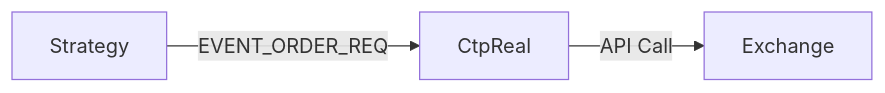
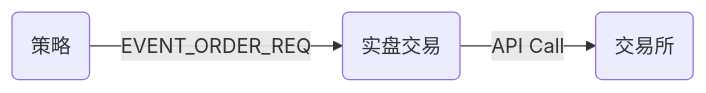
One commit to Helloworld152/OmniQuant changed the first of 2 diagrams in hft_eb/docs/risk_design.md. Above: the diagram before and after it, drawn with Mermaid. The commit also changed other lines of this file and 13 other files, not shown here.

````diff
--- a/hft_eb/docs/risk_design.md
+++ b/hft_eb/docs/risk_design.md
@@ -9,5 +9,5 @@
 ```mermaid
 graph LR
-    Strategy -->|EVENT_ORDER_REQ| CtpReal
-    CtpReal -->|API Call| Exchange
+    Strategy(策略) -->|EVENT_ORDER_REQ| CtpReal(实盘交易)
+    CtpReal -->|API Call| Exchange(交易所)
 ```
````
